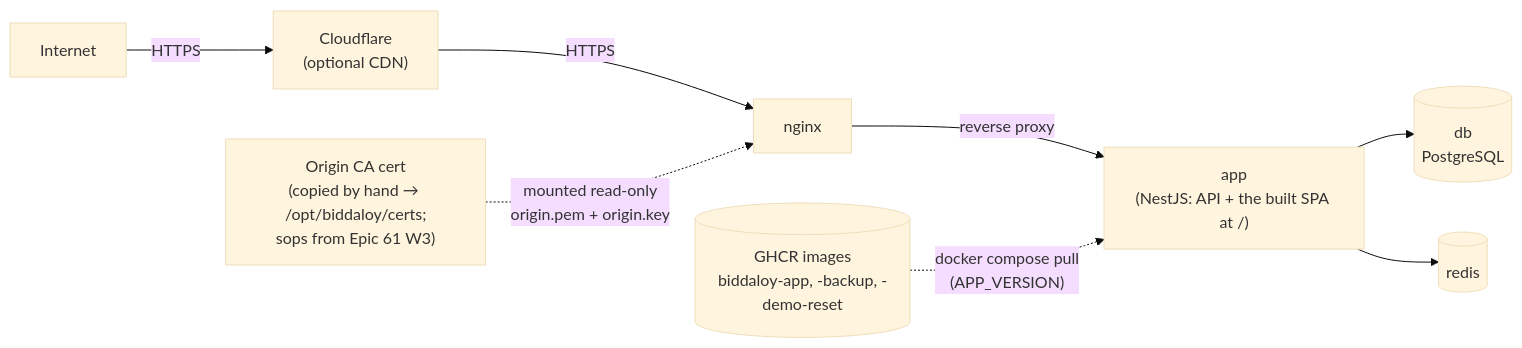
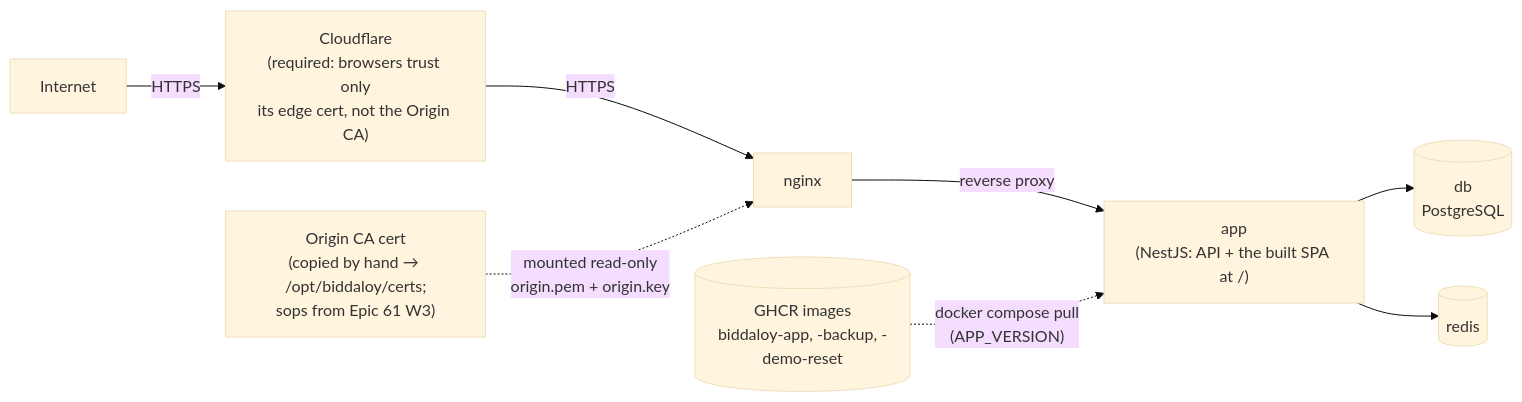
Before and after one commit to tareq89/biddaloy: the first of 7 diagrams in docs/architecture/07-deployment.md, drawn with Mermaid (base theme). The commit also changed other lines of this file and 4 other files, not shown here.

````diff
--- a/docs/architecture/07-deployment.md
+++ b/docs/architecture/07-deployment.md
@@ -9,10 +9,10 @@
 ```mermaid
 flowchart LR
-    Internet -->|HTTPS| cloudflare["Cloudflare\n(optional CDN)"]
+    Internet -->|HTTPS| cloudflare["Cloudflare\n(required: browsers trust only\nits edge cert, not the Origin CA)"]
     cloudflare -->|HTTPS| nginx
     nginx -->|reverse proxy| app["app\n(NestJS: API + the built SPA at /)"]
     app --> db[("db\nPostgreSQL")]
     app --> redis[("redis")]
     ghcr[("GHCR images\nbiddaloy-app, -backup, -demo-reset")] -.->|"docker compose pull\n(APP_VERSION)"| app
     cert["Origin CA cert\n(copied by hand → /opt/biddaloy/certs;\nsops from Epic 61 W3)"] -.->|"mounted read-only\norigin.pem + origin.key"| nginx
 ```
````
